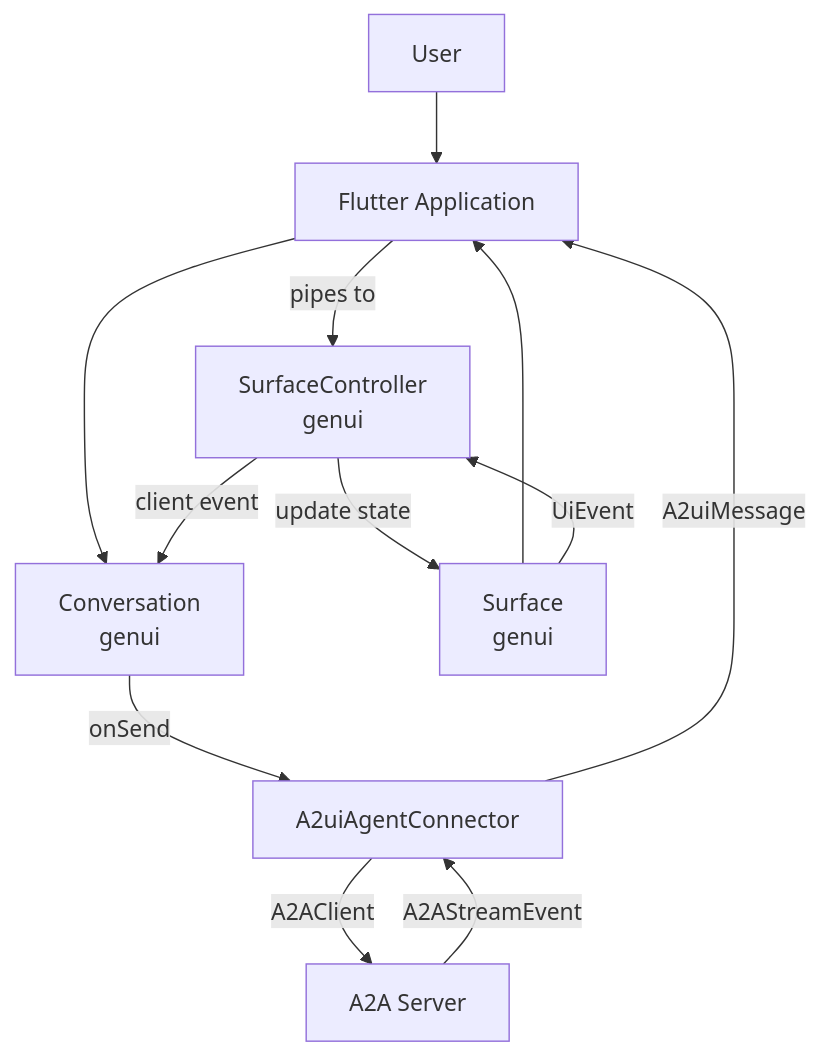
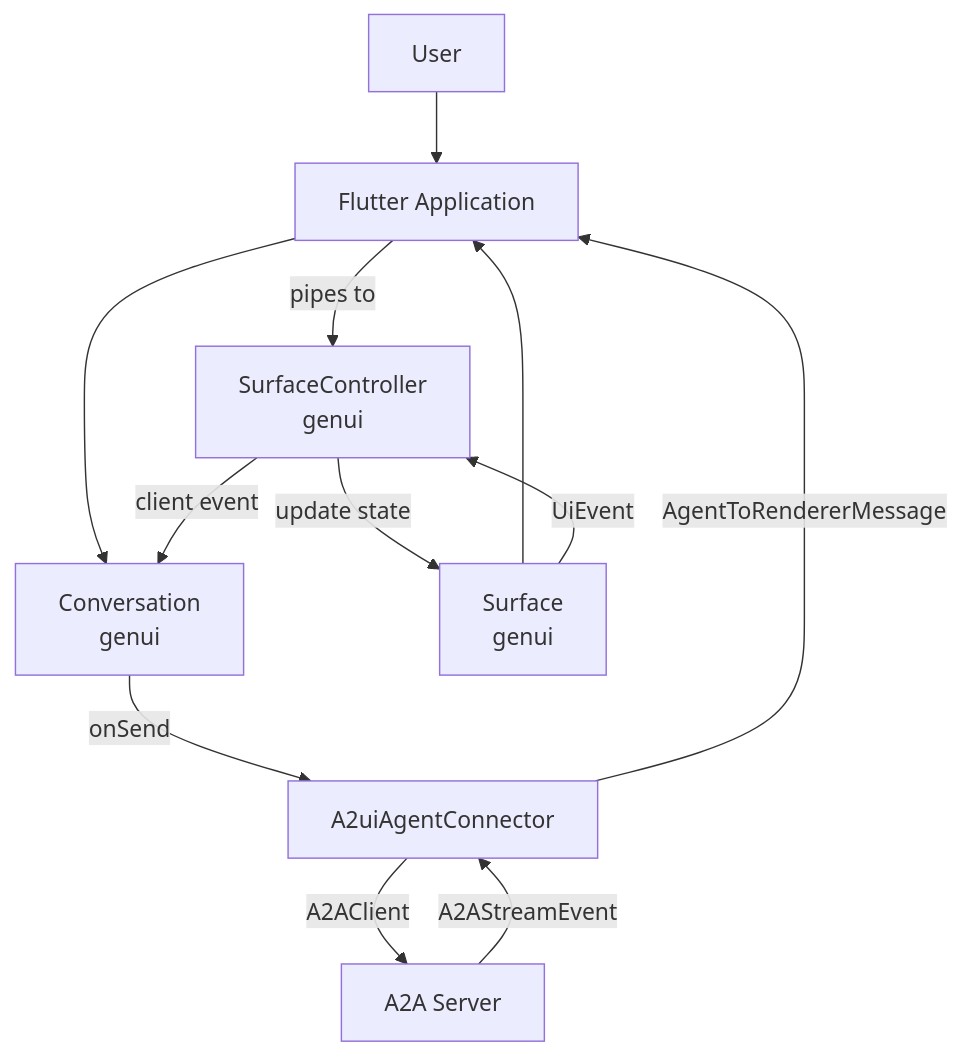
Before and after one commit to flutter/genui: the diagram in packages/genui_a2a/DESIGN.md, drawn with Mermaid. The commit also changed other lines of this file and 6 other files, not shown here.

````diff
--- a/packages/genui_a2a/DESIGN.md
+++ b/packages/genui_a2a/DESIGN.md
@@ -25,14 +25,14 @@
 ```mermaid
 graph TD
     User --> FlutterApp[Flutter Application]
     FlutterApp --> Conversation[Conversation \n genui]
     Conversation -- onSend --> A2uiAgentConnector
     A2uiAgentConnector -- A2AClient --> A2AServer[A2A Server]
     A2AServer -- A2AStreamEvent --> A2uiAgentConnector
-    A2uiAgentConnector -- A2uiMessage --> FlutterApp
+    A2uiAgentConnector -- AgentToRendererMessage --> FlutterApp
     FlutterApp -- pipes to --> SurfaceController[SurfaceController \n genui]
     SurfaceController -- update state --> Surface[Surface \n genui]
     Surface --> FlutterApp
     Surface -- UiEvent --> SurfaceController
     SurfaceController -- client event --> Conversation
 ```
````
